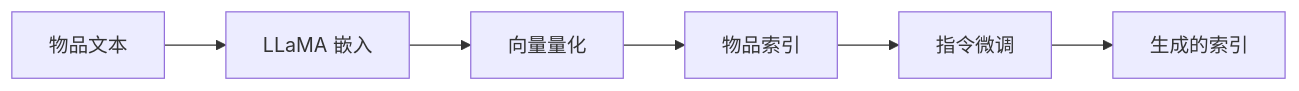
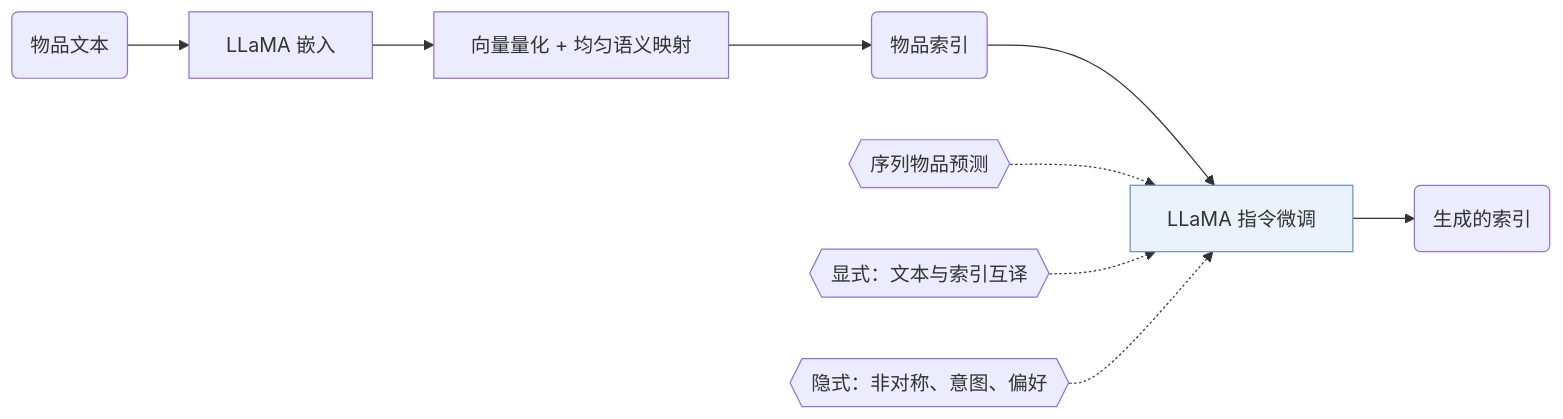
The diagram in notes/zh/lc-rec.md (Galaxy-ghost/Awesome-SID-Generative-Rec), drawn with Mermaid before and after one commit. The commit also changed 521 other files, not shown here.

Commit message:
writer-04 part 3: algorithm diagrams with shared shape conventions, README hero and paper cards, archive removed

````diff
--- a/notes/zh/lc-rec.md
+++ b/notes/zh/lc-rec.md
@@ -13,8 +13,12 @@
 ```mermaid
 flowchart LR
-    A[物品文本] --> B[LLaMA 嵌入]
-    B --> C[向量量化]
-    C --> D[物品索引]
-    D --> E[指令微调]
-    E --> F[生成的索引]
+    A("物品文本") --> B["LLaMA 嵌入"]
+    B --> C["向量量化 + 均匀语义映射"]
+    C --> D("物品索引")
+    D --> E["LLaMA 指令微调"]:::key
+    L1{{"序列物品预测"}} -.-> E
+    L2{{"显式：文本与索引互译"}} -.-> E
+    L3{{"隐式：非对称、意图、偏好"}} -.-> E
+    E --> F("生成的索引")
+    classDef key fill:#eaf2fb,stroke:#6b8fc7
 ```
````
